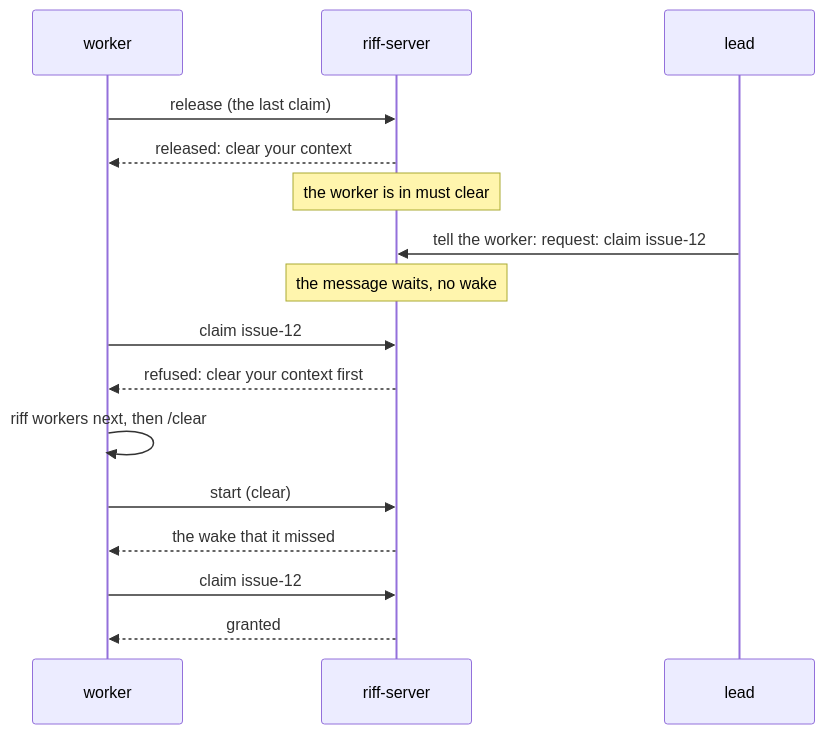
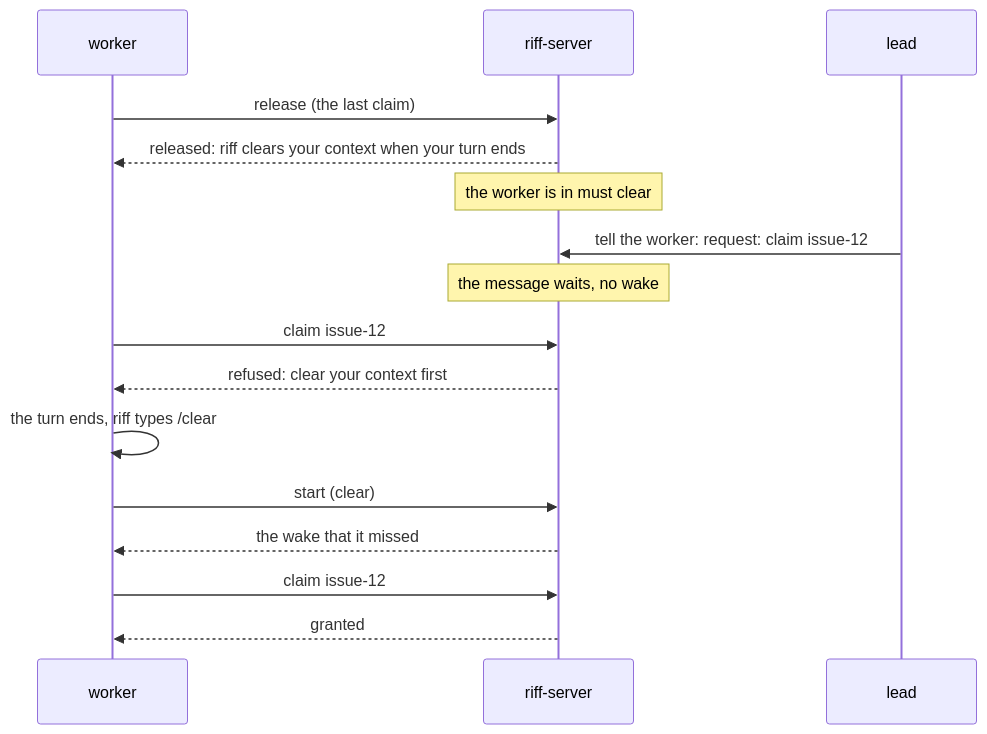
Before and after one commit to como-technologies/riff: diagram 46 of 51 in docs/src/how-it-works.md, drawn with Mermaid. The commit also changed other lines of this file and 20 other files, not shown here.

First line of the commit message:
riff clears the context of a worker when its turn ends after its last release (#438)

````diff
--- a/docs/src/how-it-works.md
+++ b/docs/src/how-it-works.md
@@ -3192,18 +3201,18 @@
 ```mermaid
 sequenceDiagram
     participant W as worker
     participant S as riff-server
     participant L as lead
     W->>S: release (the last claim)
-    S-->>W: released: clear your context
+    S-->>W: released: riff clears your context when your turn ends
     Note over S: the worker is in must clear
     L->>S: tell the worker: request: claim issue-12
     Note over S: the message waits, no wake
     W->>S: claim issue-12
     S-->>W: refused: clear your context first
-    W->>W: riff workers next, then /clear
+    W->>W: the turn ends, riff types /clear
     W->>S: start (clear)
     S-->>W: the wake that it missed
     W->>S: claim issue-12
     S-->>W: granted
 ```
````
